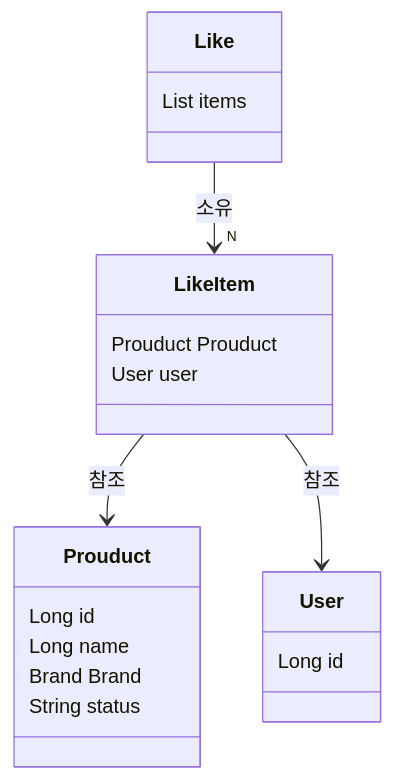
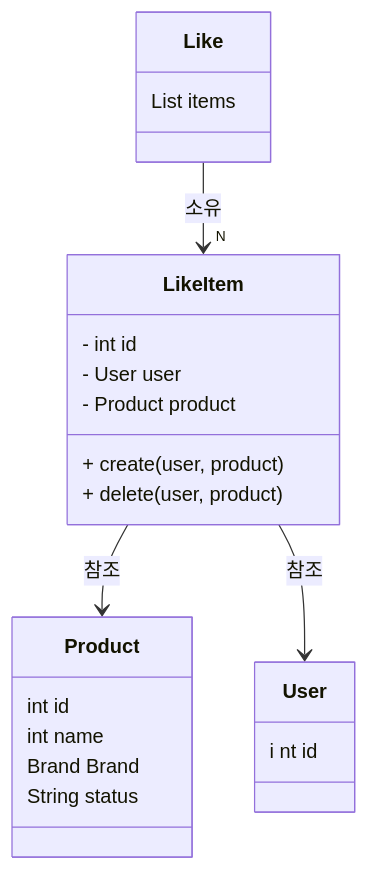
One commit to simbokyung98/loopers-ecommerce-system changed the second of 2 diagrams in docs/design/03-class-diagrams-detail/Like.md. Above: the diagram before and after it, drawn with Mermaid. The commit also changed other lines of this file and 4 other files, not shown here.

Commit message:
fix : 클래스 다이어그램 도메인 역할 수정

````diff
--- a/docs/design/03-class-diagrams-detail/Like.md
+++ b/docs/design/03-class-diagrams-detail/Like.md
@@ -21,23 +24,26 @@
 ```mermaid 
     classDiagram
     class Like{
-    List<LikeItem> items
+      List<LikeItem> items
     }
-    class Prouduct{
-    Long id
-    Long name
-    Brand Brand
-    String status
+    class Product{
+        int id
+        int name
+        Brand Brand
+        String status
     }
     class LikeItem{
-    Prouduct Prouduct
-    User user
+        - int id
+        - User user
+        - Product product
+        + create(user, product)
+        + delete(user, product)
     }
     class User {
-    Long id
+    i   nt id
     }
 
     Like --> "N" LikeItem :소유
-    LikeItem --> Prouduct : 참조
+    LikeItem --> Product : 참조
     LikeItem --> User : 참조
 ```
````
